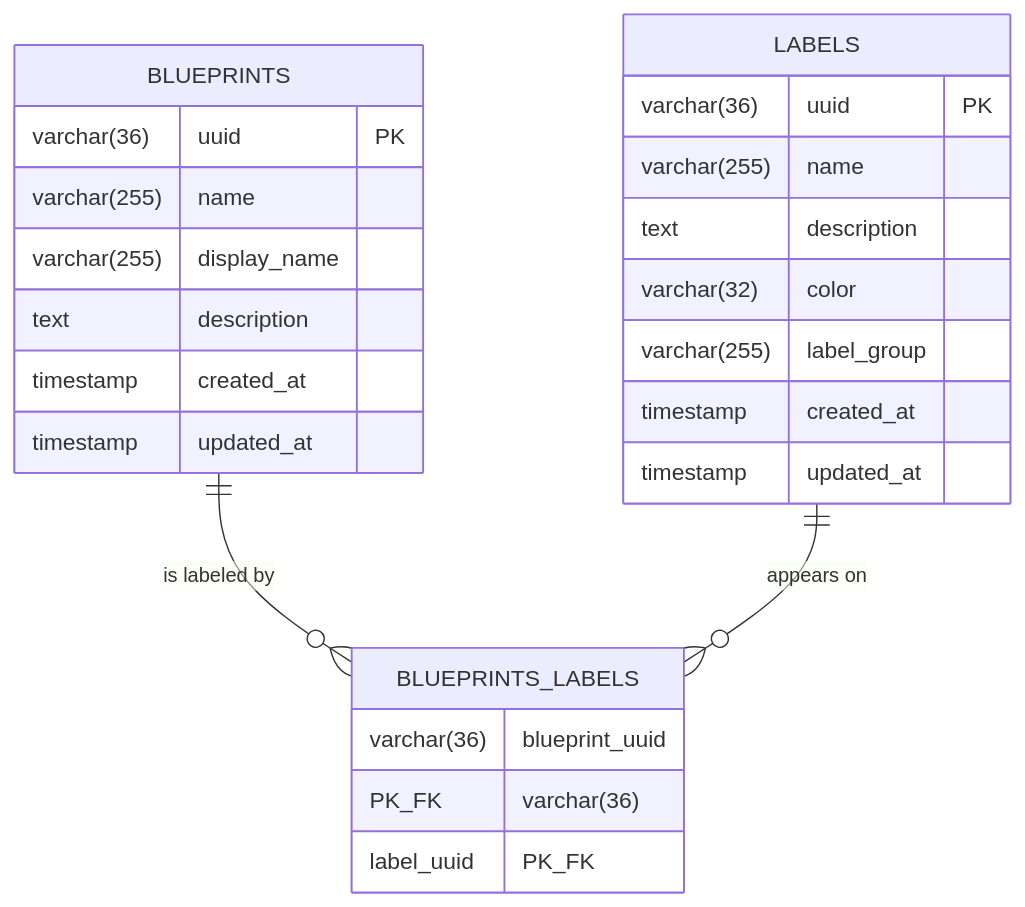
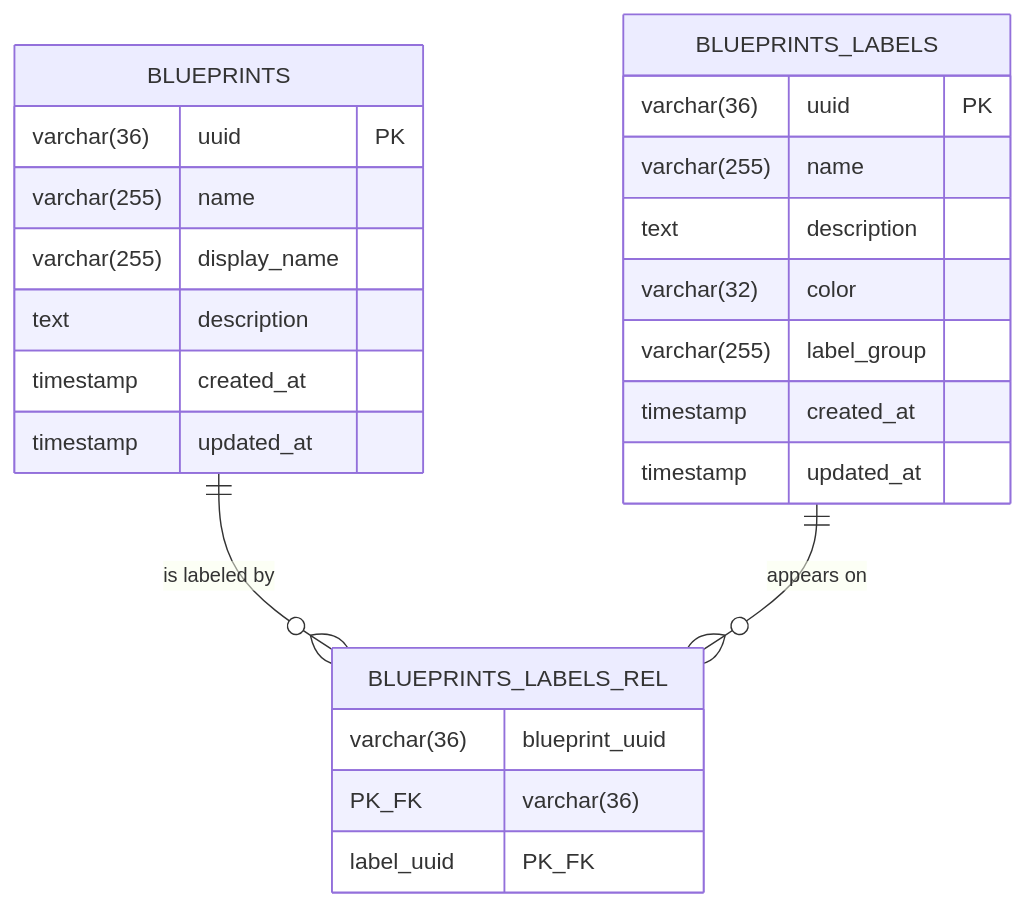
One commit to opendatamesh-initiative/odm-platform-pp-blueprint-server changed the diagram in spdd/analysis/BDMD-5154-202609040922-[Analysis]-blueprint-categorization-tags.md. Above: the diagram before and after it, drawn with Mermaid. The commit also changed other lines of this file and 8 other files, not shown here.

````diff
--- a/spdd/analysis/BDMD-5154-202609040922-[Analysis]-blueprint-categorization-tags.md
+++ b/spdd/analysis/BDMD-5154-202609040922-[Analysis]-blueprint-categorization-tags.md
@@ -130,29 +130,29 @@
 ```mermaid
 erDiagram
-    BLUEPRINTS ||--o{ BLUEPRINTS_LABELS : "is labeled by"
-    LABELS ||--o{ BLUEPRINTS_LABELS : "appears on"
+    BLUEPRINTS ||--o{ BLUEPRINTS_LABELS_REL : "is labeled by"
+    BLUEPRINTS_LABELS ||--o{ BLUEPRINTS_LABELS_REL : "appears on"
 
     BLUEPRINTS {
         varchar(36) uuid PK
         varchar(255) name
         varchar(255) display_name
         text description
         timestamp created_at
         timestamp updated_at
     }
 
-    LABELS {
+    BLUEPRINTS_LABELS {
         varchar(36) uuid PK
         varchar(255) name
         text description
         varchar(32) color
         varchar(255) label_group
         timestamp created_at
         timestamp updated_at
     }
 
-    BLUEPRINTS_LABELS {
+    BLUEPRINTS_LABELS_REL {
         varchar(36) blueprint_uuid PK_FK
         varchar(36) label_uuid PK_FK
     }
 ```
````
